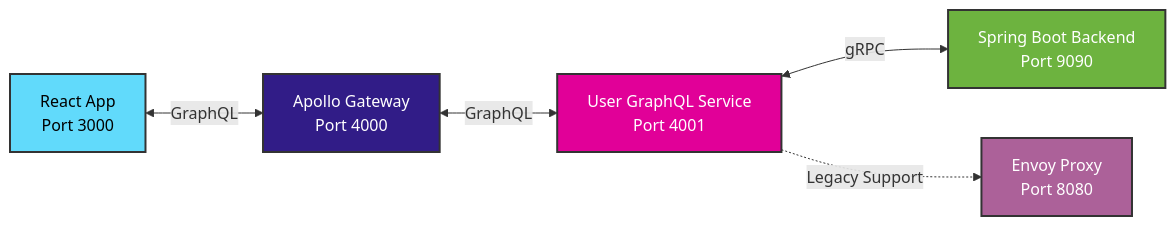
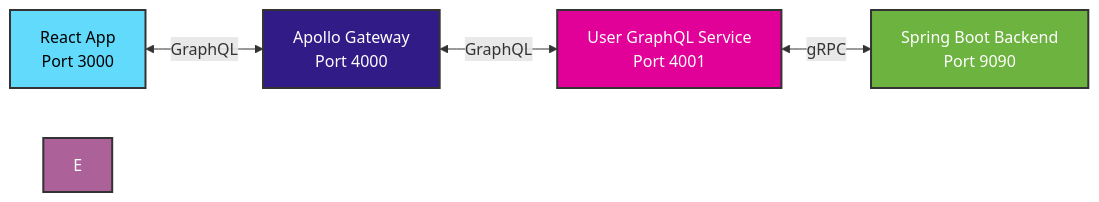
One commit to jrgleason/grpc-spring-react-example changed the diagram in docs/INSTRUCTIONS.md. Above: the diagram before and after it, drawn with Mermaid. The commit also changed other lines of this file and 28 other files, not shown here.

````diff
--- a/docs/INSTRUCTIONS.md
+++ b/docs/INSTRUCTIONS.md
@@ -14,13 +30,12 @@
 ```mermaid
 graph LR
     A[React App<br/>Port 3000] <-->|GraphQL| B[Apollo Gateway<br/>Port 4000]
     B <-->|GraphQL| C[User GraphQL Service<br/>Port 4001]
     C <-->|gRPC| D[Spring Boot Backend<br/>Port 9090]
-    C -.->|Legacy Support| E[Envoy Proxy<br/>Port 8080]
     
     style A fill:#61dafb,stroke:#333,stroke-width:2px,color:#000
     style B fill:#311c87,stroke:#333,stroke-width:2px,color:#fff
     style C fill:#e10098,stroke:#333,stroke-width:2px,color:#fff
     style D fill:#6db33f,stroke:#333,stroke-width:2px,color:#fff
     style E fill:#ac6199,stroke:#333,stroke-width:2px,color:#fff
 ```
````
